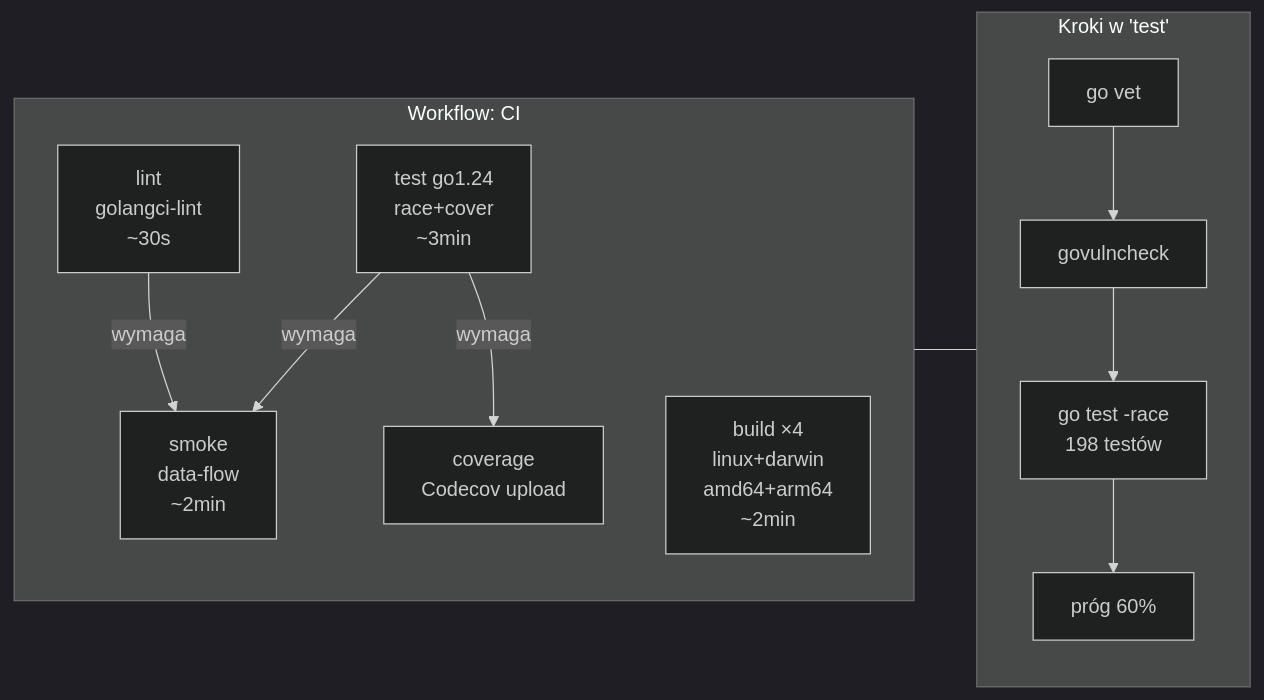
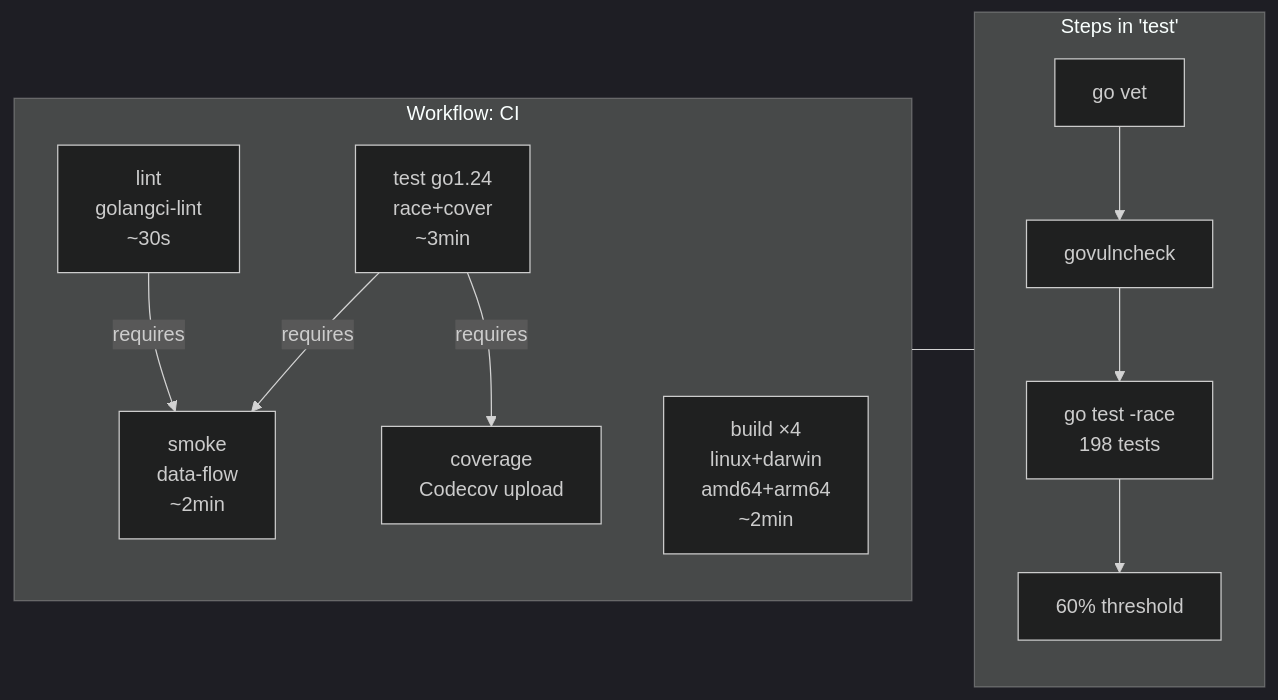
One commit to dzaczek/IcingaAlertingForge changed the second of 6 diagrams in docs/testing-pipeline.md. Above: the diagram before and after it, drawn with Mermaid (dark theme). The commit also changed other lines of this file and 8 other files, not shown here.

````diff
--- a/docs/testing-pipeline.md
+++ b/docs/testing-pipeline.md
@@ -405,24 +405,24 @@
 ```mermaid
 flowchart LR
     subgraph CI["Workflow: CI"]
         direction TB
         L[lint\ngolangci-lint\n~30s]
         T[test go1.24\nrace+cover\n~3min]
         B[build ×4\nlinux+darwin\namd64+arm64\n~2min]
         S[smoke\ndata-flow\n~2min]
         C[coverage\nCodecov upload]
 
-        L -->|wymaga| S
-        T -->|wymaga| S
-        T -->|wymaga| C
+        L -->|requires| S
+        T -->|requires| S
+        T -->|requires| C
     end
 
-    subgraph ST["Kroki w 'test'"]
+    subgraph ST["Steps in 'test'"]
         direction TB
         VET[go vet] --> GVULN[govulncheck]
-        GVULN --> UNIT[go test -race\n198 testów]
-        UNIT --> THRESH[próg 60%]
+        GVULN --> UNIT[go test -race\n198 tests]
+        UNIT --> THRESH[60% threshold]
     end
 
     T --- ST
 ```
````
